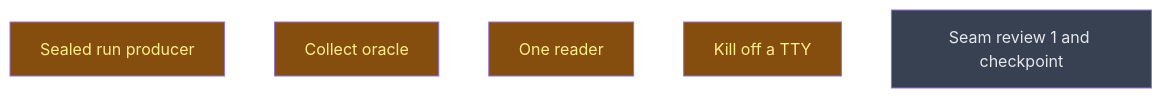
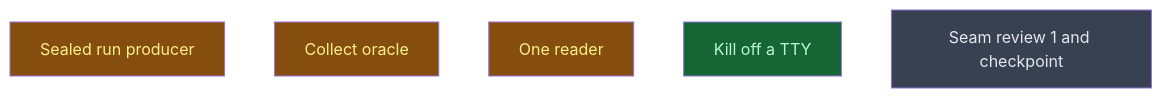
The diagram in __roadmap__/integrity/causes/README.md (CrackingShells/Candler), drawn with Mermaid before and after one commit. The commit also changed other lines of this file, not shown here.

Commit message:
rdm(api): close the kill off a TTY leaf

````diff
--- a/__roadmap__/integrity/causes/README.md
+++ b/__roadmap__/integrity/causes/README.md
@@ -18,13 +18,13 @@
 ```mermaid
 graph TD
     sealed_run_producer[Sealed run producer]:::inprogress
     collect_oracle[Collect oracle]:::inprogress
     one_reader[One reader]:::inprogress
-    kill_off_tty[Kill off a TTY]:::inprogress
+    kill_off_tty[Kill off a TTY]:::done
     checkpoint[Seam review 1 and checkpoint]:::planned
     classDef done       fill:#166534,color:#bbf7d0
     classDef inprogress fill:#854d0e,color:#fef08a
     classDef planned    fill:#374151,color:#e5e7eb
     classDef amendment  fill:#1e3a5f,color:#bfdbfe
     classDef blocked    fill:#7f1d1d,color:#fecaca
 ```
````
